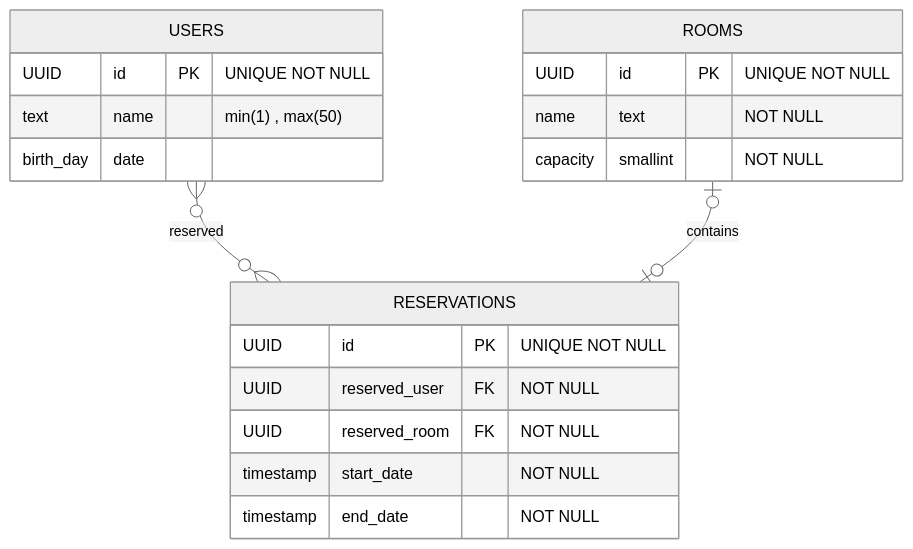
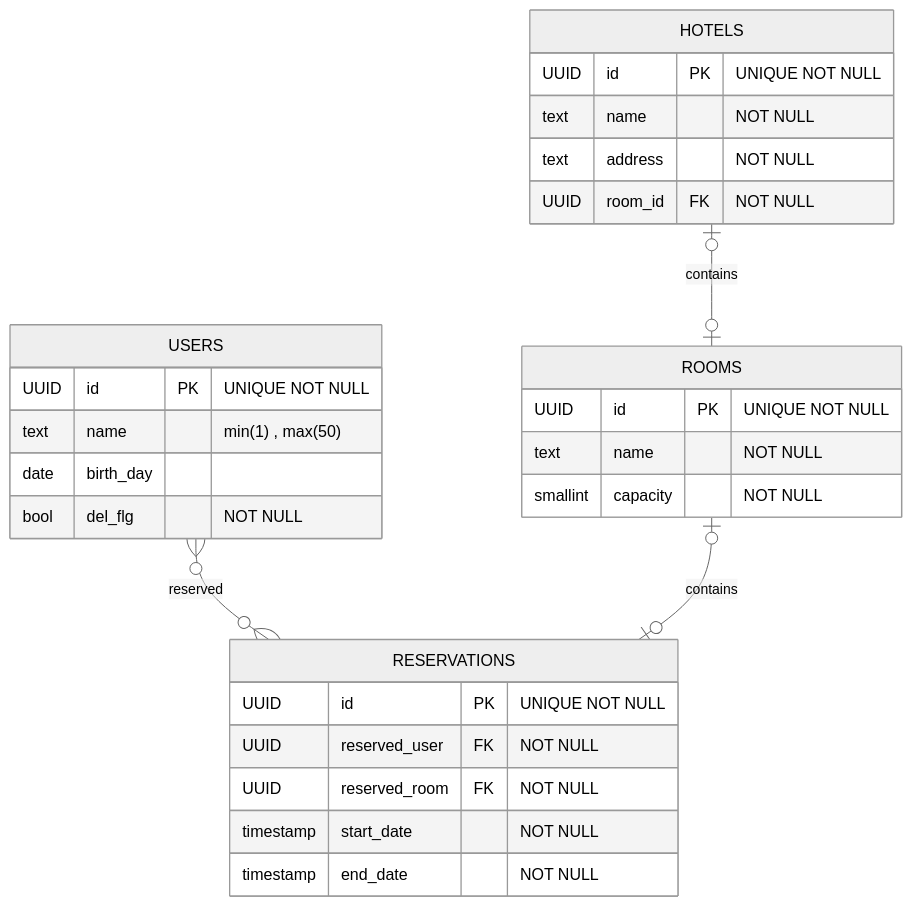
One commit to dandk105/webapp_study changed the diagram in db/README.md. Above: the diagram before and after it, drawn with Mermaid (neutral theme). The commit also changed other lines of this file and 2 other files, not shown here.

Commit message:
Designdocとminispecを加筆修正

````diff
--- a/db/README.md
+++ b/db/README.md
@@ -15,24 +15,33 @@
 ```mermaid
 erDiagram
     USERS o{--o{ RESERVATIONS : reserved
     USERS {
         UUID id PK "UNIQUE NOT NULL "
         text name "min(1) , max(50)"
-        birth_day date
+        date birth_day
+        bool del_flg "NOT NULL"
     }
     RESERVATIONS 
     RESERVATIONS {
        UUID id  PK "UNIQUE NOT NULL"
        UUID reserved_user FK "NOT NULL"
        UUID reserved_room FK "NOT NULL"
        timestamp start_date  "NOT NULL"
        timestamp end_date "NOT NULL"
     }
     
     ROOMS o|--o| RESERVATIONS : contains
     ROOMS{  
         UUID id PK "UNIQUE NOT NULL "
-        name text "NOT NULL"
-        capacity smallint "NOT NULL"
+        text name "NOT NULL"
+        smallint capacity "NOT NULL"
+    }
+    
+    HOTELS o|--o| ROOMS : contains
+    HOTELS {
+        UUID id PK "UNIQUE NOT NULL "
+        text name "NOT NULL"
+        text address "NOT NULL"
+        UUID room_id FK "NOT NULL"
     }
 ```
````
